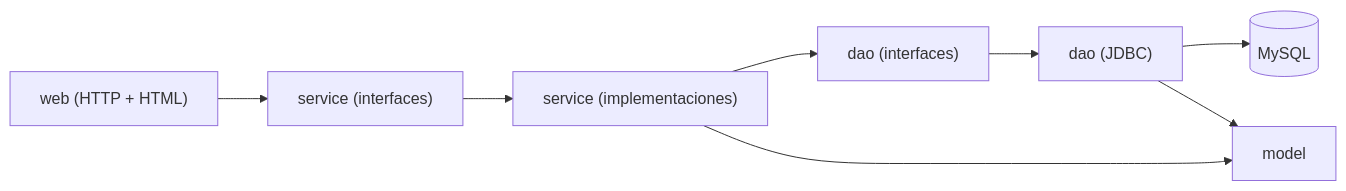
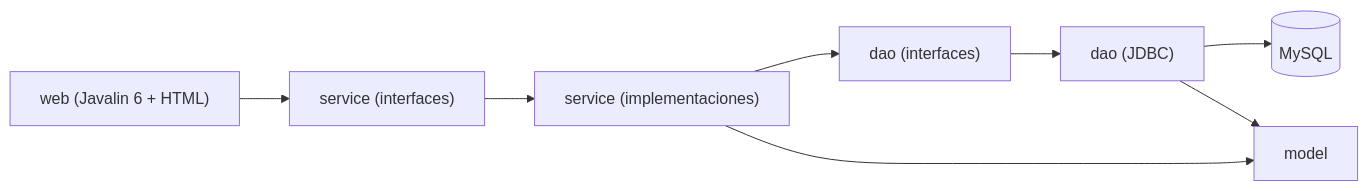
Before and after one commit to Foxmeg21/crea3: the first of 2 diagrams in docs/diagramas/arquitectura.md, drawn with Mermaid. The commit also changed other lines of this file and 10 other files, not shown here.

````diff
--- a/docs/diagramas/arquitectura.md
+++ b/docs/diagramas/arquitectura.md
@@ -4,10 +4,10 @@
 ```mermaid
 flowchart LR
-  WEB["web (HTTP + HTML)"] --> SI["service (interfaces)"]
+  WEB["web (Javalin 6 + HTML)"] --> SI["service (interfaces)"]
   SI --> SS["service (implementaciones)"]
   SS --> DI["dao (interfaces)"]
   DI --> DS["dao (JDBC)"]
   DS --> DB[(MySQL)]
   SS --> M["model"]
   DS --> M
 ```
````
